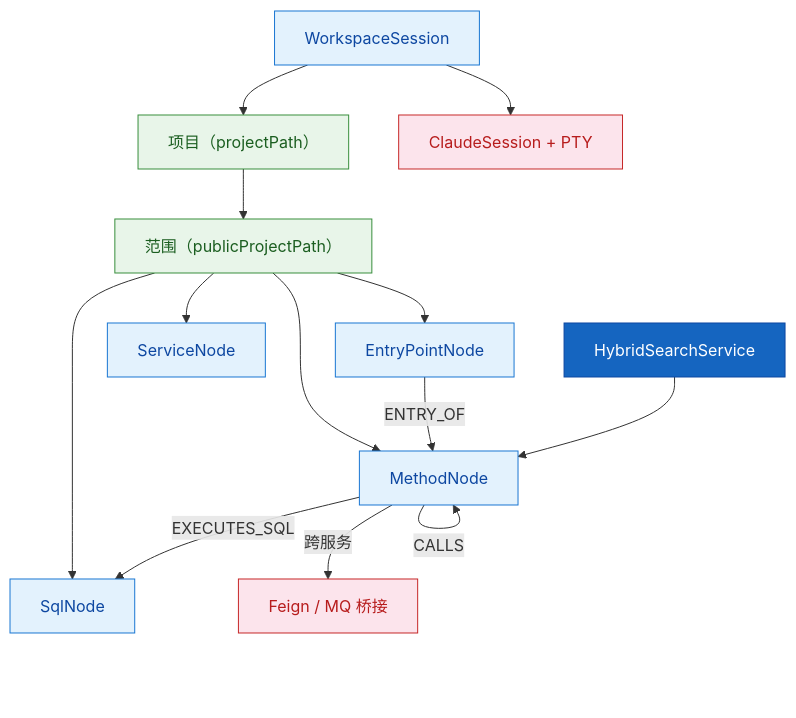
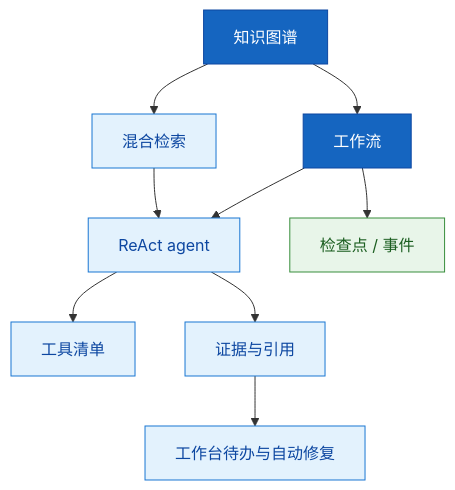
The second of 2 diagrams in hisi-dev-tool/docs/codewiki/01-项目概览/index.md (shenjiangchun/codeKnowledge), drawn with Mermaid before and after one commit. The commit also changed other lines of this file and 82 other files, not shown here.

````diff
--- a/hisi-dev-tool/docs/codewiki/01-项目概览/index.md
+++ b/hisi-dev-tool/docs/codewiki/01-项目概览/index.md
@@ -187,28 +253,24 @@
 ```mermaid
 flowchart TD
-    Project["项目（projectPath）"]:::data
-    Scope["范围（publicProjectPath）"]:::data
-    M["MethodNode"]:::process
-    EP["EntryPointNode"]:::process
-    SQL["SqlNode"]:::process
-    SVC["ServiceNode"]:::process
-    Bridge["Feign / MQ 桥接"]:::ext
-    Search["HybridSearchService"]:::entry
-    Claude["ClaudeSession + PTY"]:::ext
-    Workspace["WorkspaceSession"]:::process
+    KG["知识图谱"]:::core
+    SR["混合检索"]:::proc
+    WF["工作流"]:::core
+    RA["ReAct agent"]:::proc
+    MF["工具清单"]:::proc
+    CP["检查点 / 事件"]:::data
+    EV["证据与引用"]:::proc
+    WB["工作台待办与自动修复"]:::proc
 
-    Project --> Scope
-    Scope --> M & EP & SQL & SVC
-    M -->|CALLS| M
-    EP -->|ENTRY_OF| M
-    M -->|EXECUTES_SQL| SQL
-    M -->|跨服务| Bridge
-    Search --> M
-    Workspace --> Claude
-    Workspace --> Project
+    KG --> SR
+    KG --> WF
+    SR --> RA
+    WF --> RA
+    RA --> MF
+    WF --> CP
+    RA --> EV
+    EV --> WB
 
-    classDef entry fill:#1565c0,stroke:#0d47a1,color:#fff
-    classDef process fill:#e3f2fd,stroke:#1976d2,color:#0d47a1
+    classDef core fill:#1565c0,stroke:#0d47a1,color:#fff
+    classDef proc fill:#e3f2fd,stroke:#1976d2,color:#0d47a1
     classDef data fill:#e8f5e9,stroke:#388e3c,color:#1b5e20
-    classDef ext fill:#fce4ec,stroke:#c62828,color:#b71c1c
 ```
````
